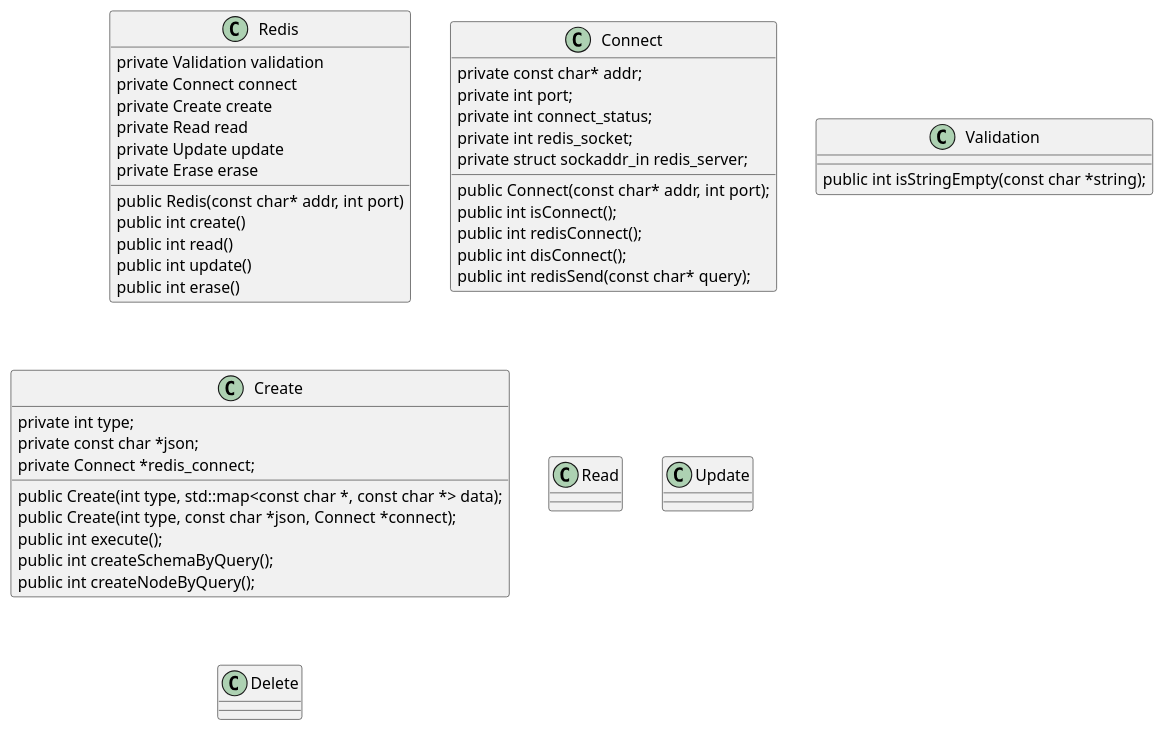
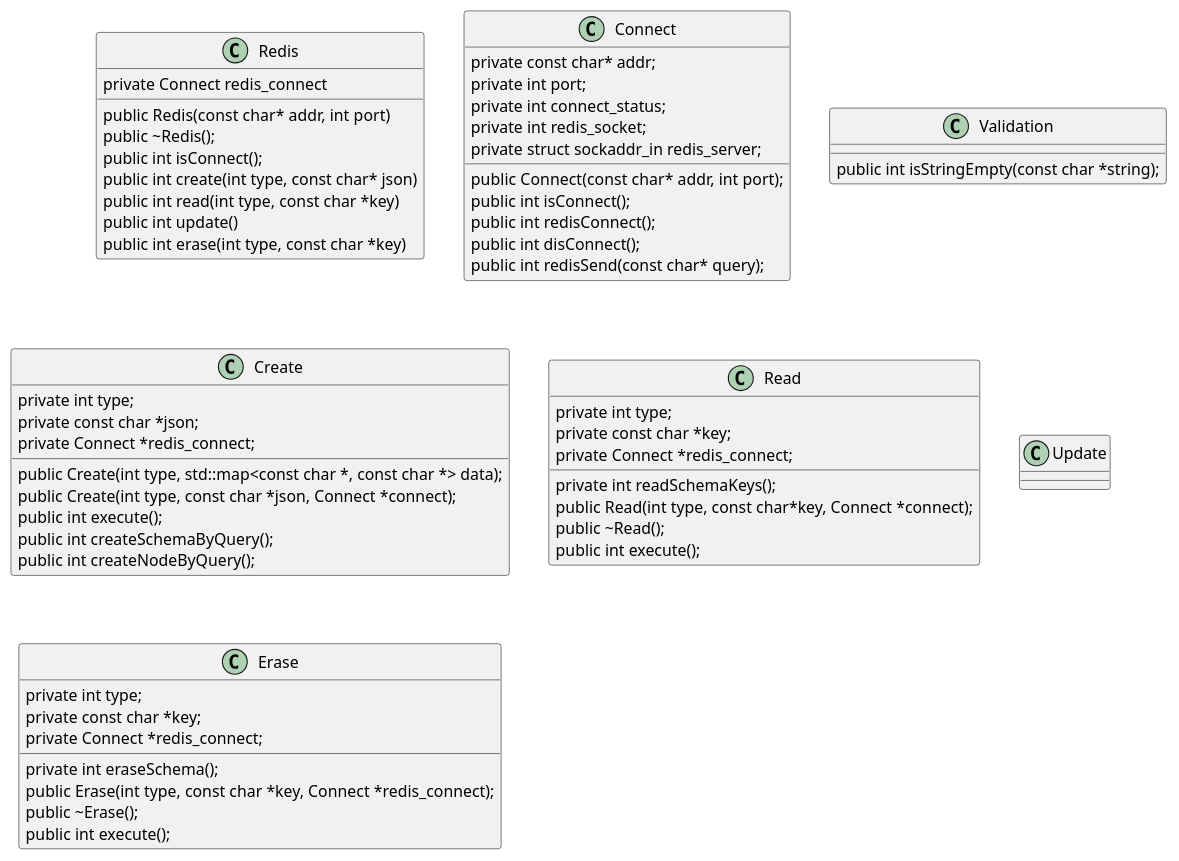
Before and after one commit to pymc20/redis: the diagram in doc/class.puml, drawn with PlantUML. The commit also changed 8 other files, not shown here.

```diff
--- a/doc/class.puml
+++ b/doc/class.puml
@@ -1,47 +1,62 @@
 @startuml uml
 class Redis
 {
-    private Validation validation
-    private Connect connect
-    private Create create
-    private Read read
-    private Update update
-    private Erase erase
+    private Connect redis_connect
     public Redis(const char* addr, int port)
-    public int create()
-    public int read()
+    public ~Redis();
+    public int isConnect();
+    public int create(int type, const char* json)
+    public int read(int type, const char *key)
     public int update()
-    public int erase()
+    public int erase(int type, const char *key)
 }
 class Connect
 {
     private const char* addr;
     private int port;
     private int connect_status;
     private int redis_socket;
     private struct sockaddr_in redis_server;
     public Connect(const char* addr, int port);
     public int isConnect();
     public int redisConnect();
     public int disConnect();
     public int redisSend(const char* query);
 }
 class Validation
 {
     public int isStringEmpty(const char *string);
 }
 class Create
 {
     private int type;
     private const char *json;
     private Connect *redis_connect;
     public Create(int type, std::map<const char *, const char *> data);
     public Create(int type, const char *json, Connect *connect);
     public int execute();
     public int createSchemaByQuery();
     public int createNodeByQuery();
 }
 class Read
+{
+    private int type;
+    private const char *key;
+    private Connect *redis_connect;
+    private int readSchemaKeys();
+    public Read(int type, const char*key, Connect *connect);
+    public ~Read();
+    public int execute();
+}
 class Update
-class Delete
+class Erase
+{
+    private int eraseSchema();
+    private int type;
+    private const char *key;
+    private Connect *redis_connect;
+    public Erase(int type, const char *key, Connect *redis_connect);
+    public ~Erase();
+    public int execute();
+}
 @enduml
```
